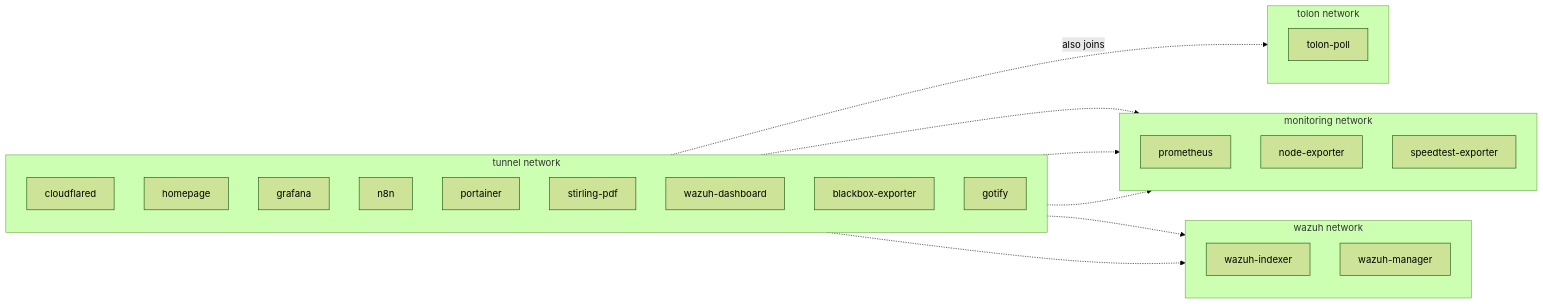
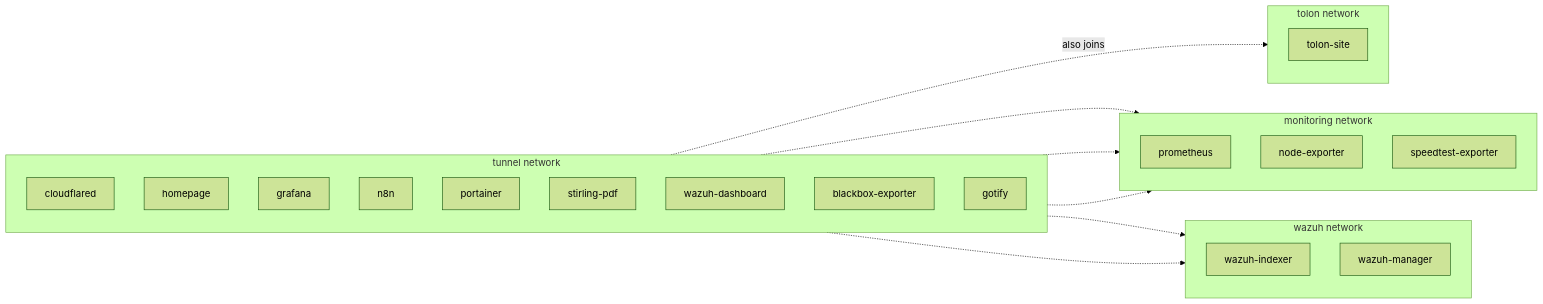
The second of 4 diagrams in README.md (danielpsf/homelab), drawn with Mermaid (forest theme) before and after one commit. The commit also changed other lines of this file and 164 other files, not shown here.

````diff
--- a/README.md
+++ b/README.md
@@ -76,40 +72,40 @@
 ```mermaid
 graph LR
     subgraph tunnel[tunnel network]
         direction TB
         cloudflared
         homepage
         grafana
         n8n
         portainer
         stirling-pdf
         wazuh-dashboard
         blackbox-exporter
         gotify
     end
 
     subgraph tolon[tolon network]
         direction TB
-        tolon-poll
+        tolon-site
     end
 
     subgraph monitoring[monitoring network]
         direction TB
         prometheus
         node-exporter
         speedtest-exporter
     end
 
     subgraph wazuh[wazuh network]
         direction TB
         wazuh-indexer
         wazuh-manager
     end
 
     cloudflared -.->|also joins| tolon
     homepage -.-> monitoring
     grafana -.-> monitoring
     n8n -.-> monitoring
     n8n -.-> wazuh
     blackbox-exporter -.-> wazuh
 ```
````
